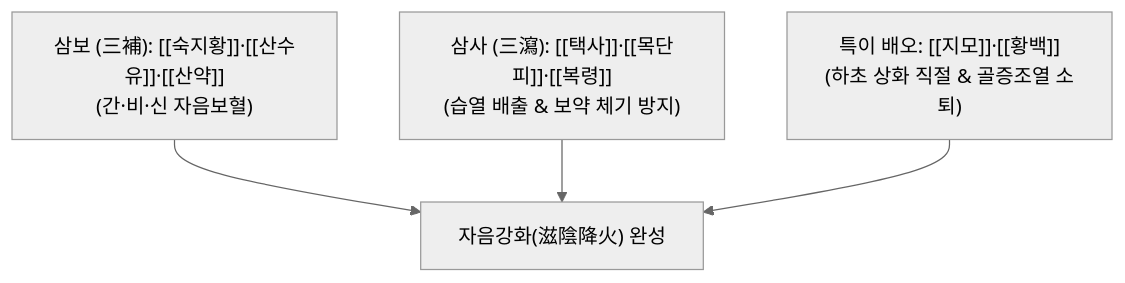
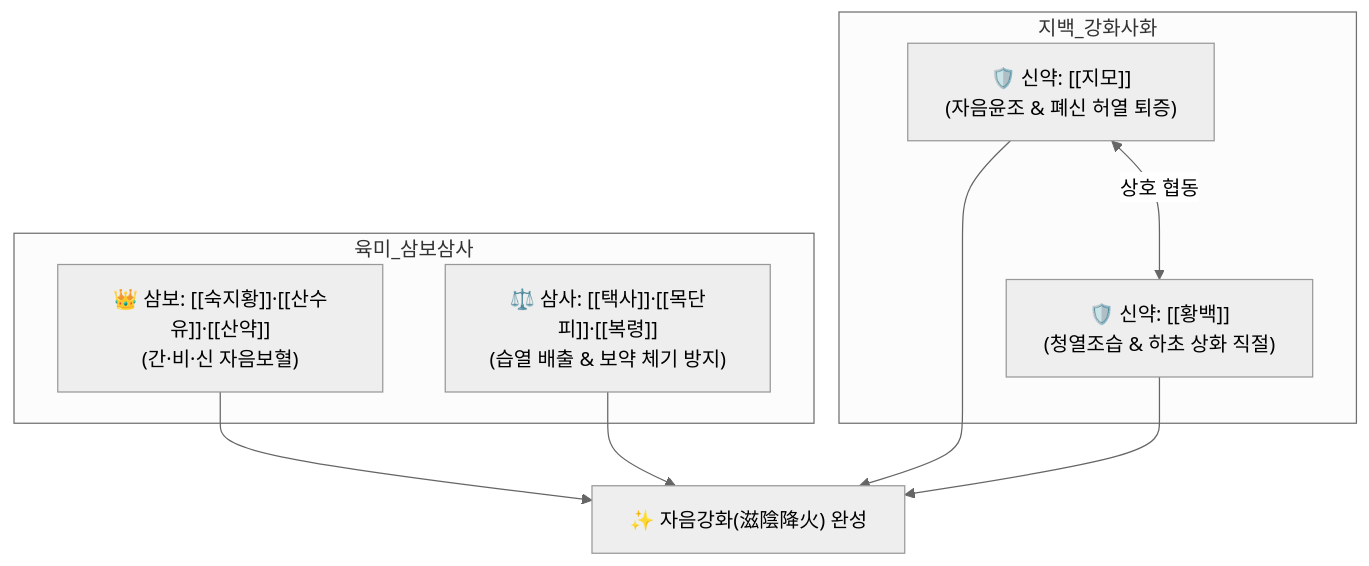
The diagram in content/2. 약리 공부/처방/02_보익제/지백지황환.md (simbio11/simbio-digital-garden2), drawn with Mermaid (neutral theme) before and after one commit. The commit also changed other lines of this file and 248 other files, not shown here.

````diff
--- a/content/2. 약리 공부/처방/02_보익제/지백지황환.md
+++ b/content/2. 약리 공부/처방/02_보익제/지백지황환.md
@@ -9,6 +39,15 @@
 ```mermaid
 graph TD
-    ThreeBo["삼보 (三補): [[숙지황]]·[[산수유]]·[[산약]]<br>(간·비·신 자음보혈)"] --> Syner["자음강화(滋陰降火) 완성"]
-    ThreeSa["삼사 (三瀉): [[택사]]·[[목단피]]·[[복령]]<br>(습열 배출 & 보약 체기 방지)"] --> Syner
-    JiBaek["특이 배오: [[지모]]·[[황백]]<br>(하초 상화 직절 & 골증조열 소퇴)"] --> Syner
+    subgraph 육미_삼보삼사
+        ThreeBo["👑 삼보: [[숙지황]]·[[산수유]]·[[산약]]<br>(간·비·신 자음보혈)"]
+        ThreeSa["⚖️ 삼사: [[택사]]·[[목단피]]·[[복령]]<br>(습열 배출 & 보약 체기 방지)"]
+    end
+    subgraph 지백_강화사화
+        JM["🛡️ 신약: [[지모]]<br>(자음윤조 & 폐신 허열 퇴증)"]
+        HB["🛡️ 신약: [[황백]]<br>(청열조습 & 하초 상화 직절)"]
+    end
+    ThreeBo --> Target["✨ 자음강화(滋陰降火) 완성"]
+    ThreeSa --> Target
+    JM & HB --> Target
+    JM <-->|상호 협동| HB
 ```
````
